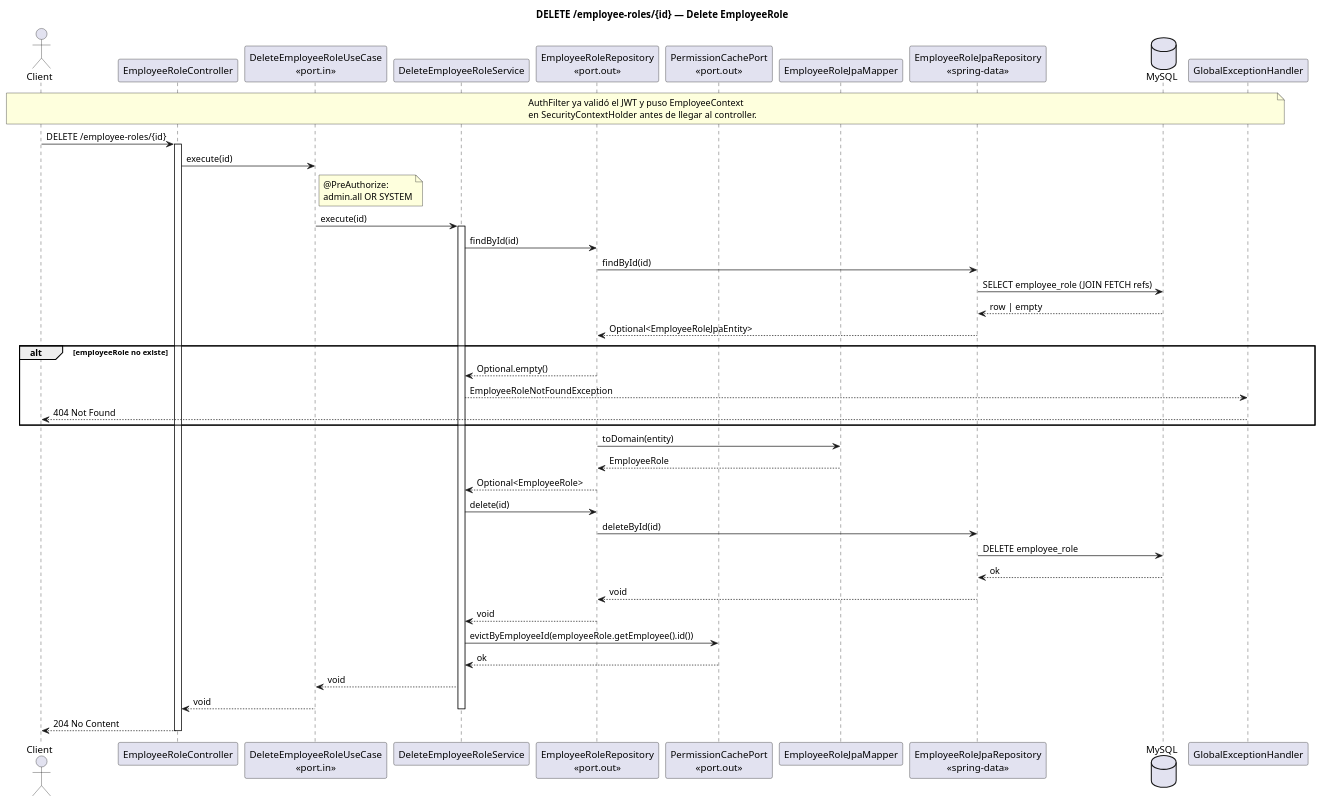
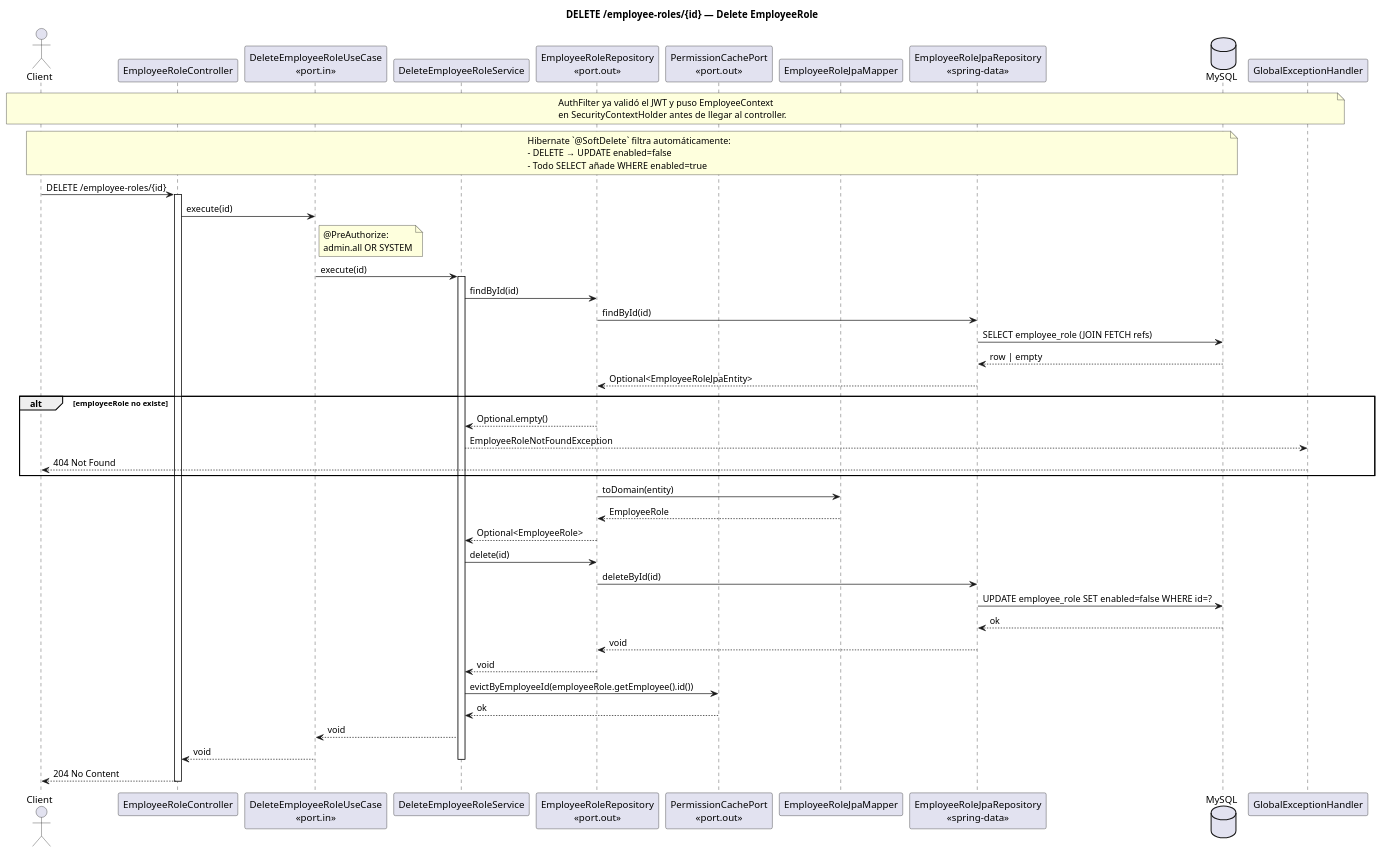
One commit to kefaroTech/vetsoftware-backend changed the diagram in uml/sequenceDiagram/employeerole/delete.puml. Above: the diagram before and after it, drawn with PlantUML. The commit also changed 236 other files, not shown here.

First line of the commit message:
:memo: docs(uml): +enabled y @SoftDelete/RESTRICT en .puml

```diff
--- a/uml/sequenceDiagram/employeerole/delete.puml
+++ b/uml/sequenceDiagram/employeerole/delete.puml
@@ -1,62 +1,68 @@
 @startuml employeerole_delete
 title DELETE /employee-roles/{id} — Delete EmployeeRole
 
 actor Client
 participant "EmployeeRoleController" as Controller
 participant "DeleteEmployeeRoleUseCase\n<<port.in>>" as UseCase
 participant "DeleteEmployeeRoleService" as Service
 participant "EmployeeRoleRepository\n<<port.out>>" as Repo
 participant "PermissionCachePort\n<<port.out>>" as CachePort
 participant "EmployeeRoleJpaMapper" as Mapper
 participant "EmployeeRoleJpaRepository\n<<spring-data>>" as JpaRepo
 database "MySQL" as DB
 participant "GlobalExceptionHandler" as GEH
 
 note over Client, GEH
   AuthFilter ya validó el JWT y puso EmployeeContext
   en SecurityContextHolder antes de llegar al controller.
+end note
+
+note over Client, DB
+  Hibernate `@SoftDelete` filtra automáticamente:
+  - DELETE → UPDATE enabled=false
+  - Todo SELECT añade WHERE enabled=true
 end note
 
 Client -> Controller : DELETE /employee-roles/{id}
 activate Controller
 
 Controller -> UseCase : execute(id)
 note right of UseCase
   @PreAuthorize:
   admin.all OR SYSTEM
 end note
 UseCase -> Service : execute(id)
 activate Service
 
 Service -> Repo : findById(id)
 Repo -> JpaRepo : findById(id)
 JpaRepo -> DB : SELECT employee_role (JOIN FETCH refs)
 DB --> JpaRepo : row | empty
 JpaRepo --> Repo : Optional<EmployeeRoleJpaEntity>
 alt employeeRole no existe
   Repo --> Service : Optional.empty()
   Service --> GEH : EmployeeRoleNotFoundException
   GEH --> Client : 404 Not Found
 end
 Repo -> Mapper : toDomain(entity)
 Mapper --> Repo : EmployeeRole
 Repo --> Service : Optional<EmployeeRole>
 
 Service -> Repo : delete(id)
 Repo -> JpaRepo : deleteById(id)
-JpaRepo -> DB : DELETE employee_role
+JpaRepo -> DB : UPDATE employee_role SET enabled=false WHERE id=?
 DB --> JpaRepo : ok
 JpaRepo --> Repo : void
 Repo --> Service : void
 
 Service -> CachePort : evictByEmployeeId(employeeRole.getEmployee().id())
 CachePort --> Service : ok
 
 Service --> UseCase : void
 UseCase --> Controller : void
 deactivate Service
 
 Controller --> Client : 204 No Content
 deactivate Controller
 
 @enduml
```
